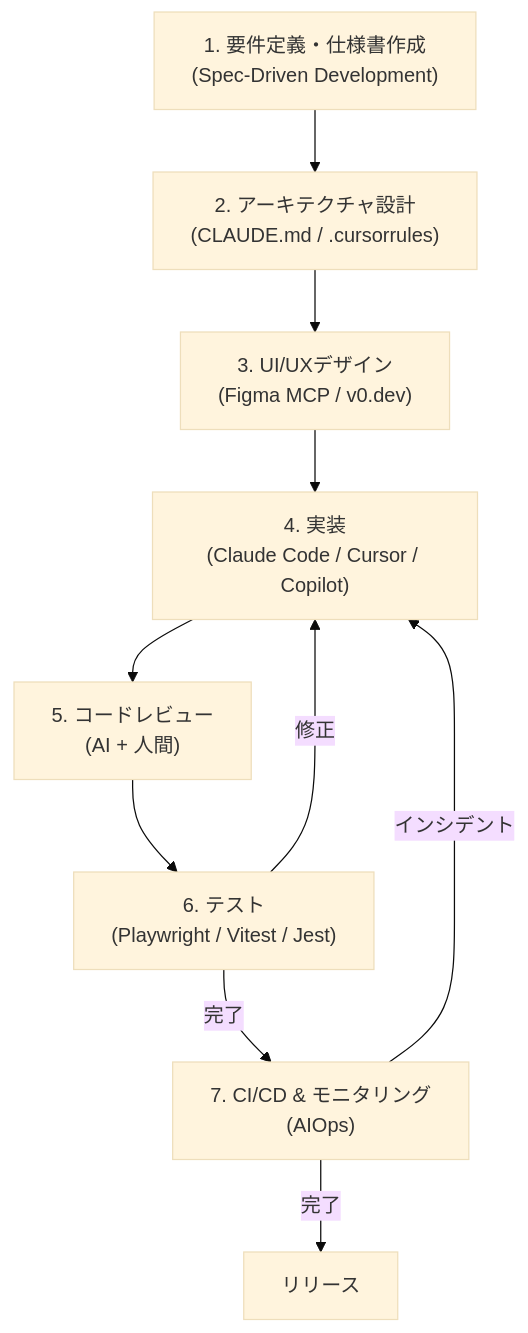
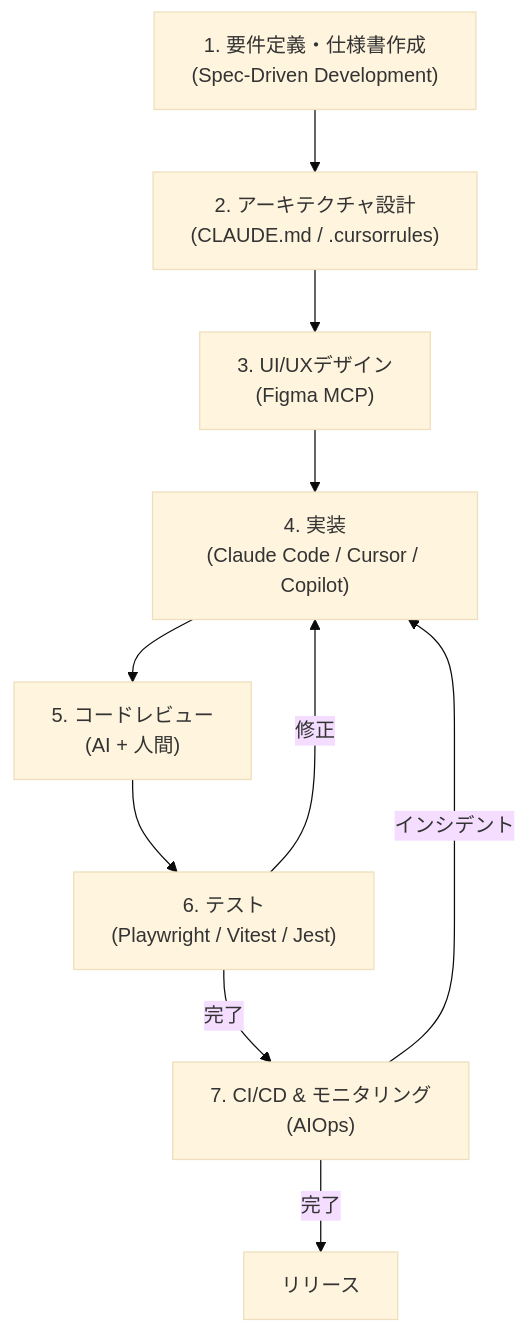
Before and after one commit to takuma39/ai: the second of 8 diagrams in AI駆動開発.md, drawn with Mermaid (base theme). The commit also changed other lines of this file, not shown here.

````diff
--- a/AI駆動開発.md
+++ b/AI駆動開発.md
@@ -102,12 +93,12 @@
 ```mermaid
 flowchart TD
     A["1. 要件定義・仕様書作成<br/>(Spec-Driven Development)"] --> B["2. アーキテクチャ設計<br/>(CLAUDE.md / .cursorrules)"]
-    B --> C["3. UI/UXデザイン<br/>(Figma MCP / v0.dev)"]
+    B --> C["3. UI/UXデザイン<br/>(Figma MCP)"]
     C --> D["4. 実装<br/>(Claude Code / Cursor / Copilot)"]
     D --> E["5. コードレビュー<br/>(AI + 人間)"]
     E --> F["6. テスト<br/>(Playwright / Vitest / Jest)"]
     F -->|修正| D
     F -->|完了| G["7. CI/CD & モニタリング<br/>(AIOps)"]
     G -->|インシデント| D
     G -->|完了| H["リリース"]
 ```
````
